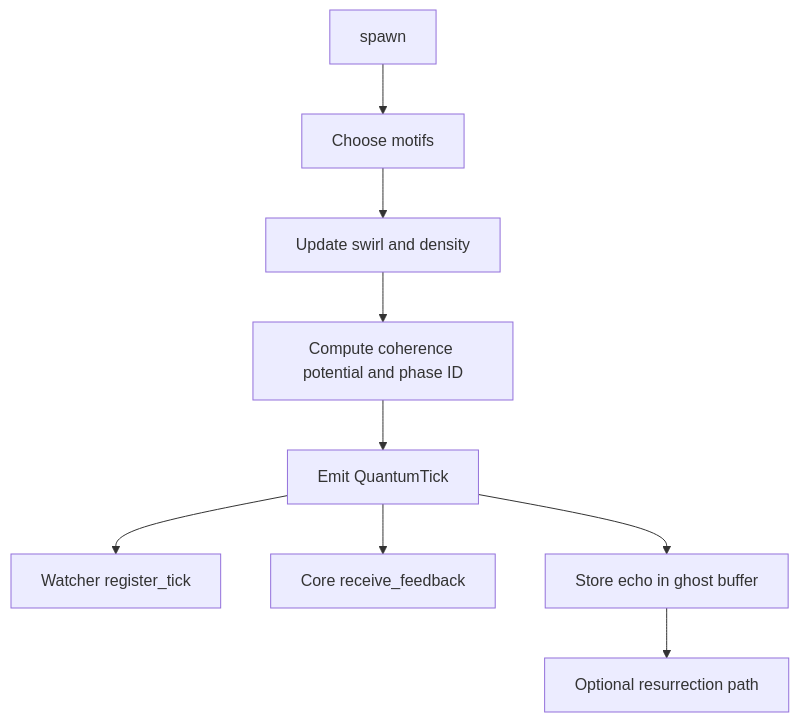
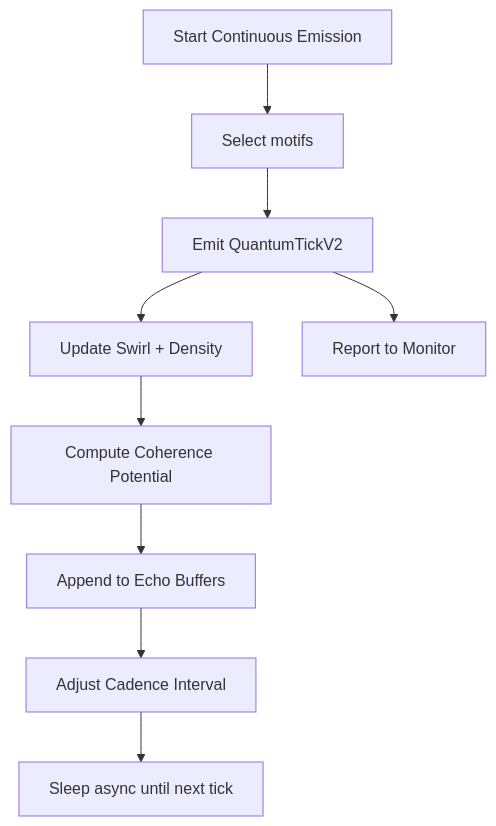
The first of 2 diagrams in Recursive_Agent/README.MD (LinaNoor-AGI/Noor_Core), drawn with Mermaid before and after one commit. The commit also changed other lines of this file, not shown here.

````diff
--- a/Recursive_Agent/README.MD
+++ b/Recursive_Agent/README.MD
@@ -70,11 +54,11 @@
 ```mermaid
 flowchart TD
-    A[spawn] --> B[Choose motifs]
-    B --> C[Update swirl and density]
-    C --> D[Compute coherence potential and phase ID]
-    D --> E[Emit QuantumTick]
-    E --> F[Watcher register_tick]
-    E --> G[Core receive_feedback]
-    E --> H[Store echo in ghost buffer]
-    H --> I[Optional resurrection path]
+    A[Start Continuous Emission] --> B[Select motifs]
+    B --> C[Emit QuantumTickV2]
+    C --> D[Update Swirl + Density]
+    D --> E[Compute Coherence Potential]
+    E --> F[Append to Echo Buffers]
+    F --> G[Adjust Cadence Interval]
+    G --> H[Sleep async until next tick]
+    C --> I[Report to Monitor]
 ```
````
